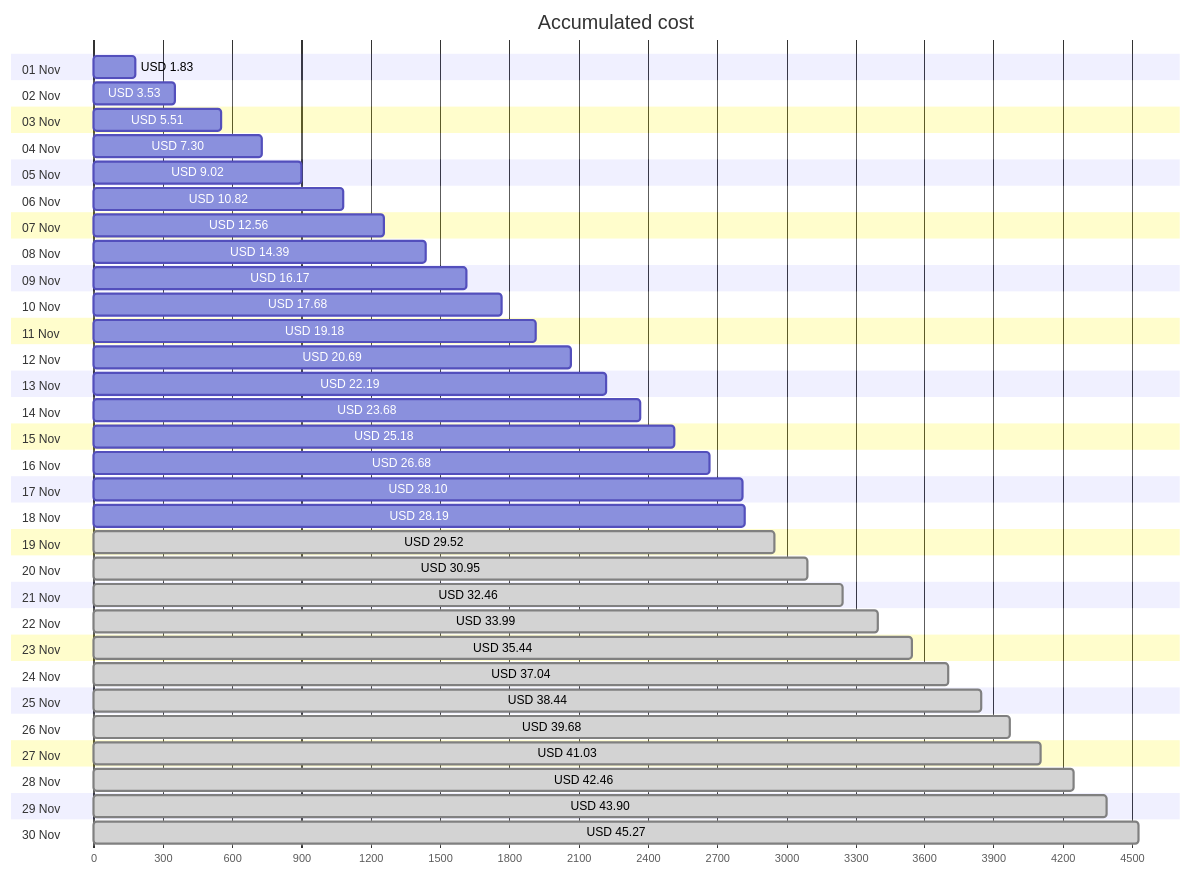
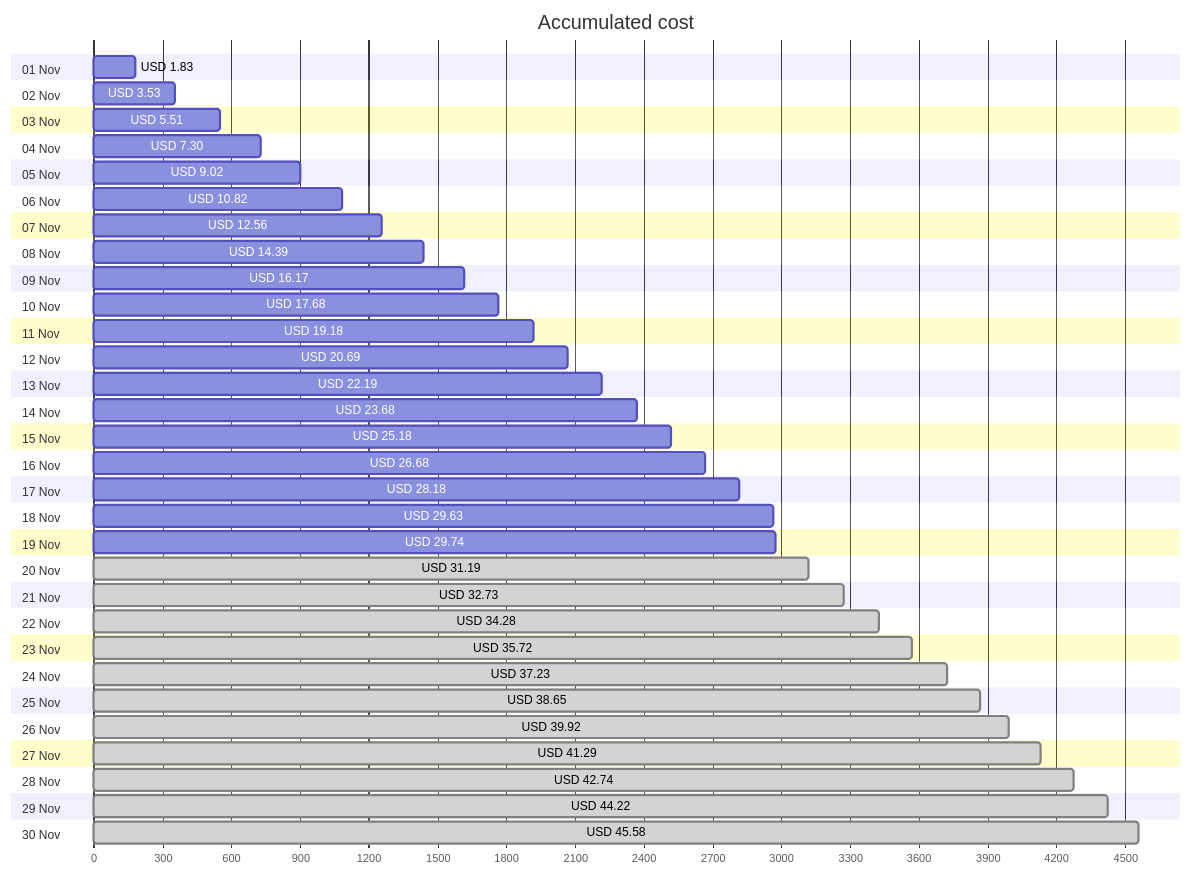
One commit to jpfulton/azure-personal-reports changed the first of 4 diagrams in cost-reports/personal-network/README.md. Above: the diagram before and after it, drawn with Mermaid. The commit also changed other lines of this file and 8 other files, not shown here.

````diff
--- a/cost-reports/personal-network/README.md
+++ b/cost-reports/personal-network/README.md
@@ -20,66 +20,66 @@
 ```mermaid
 gantt
    title Accumulated cost
    dateFormat  X
    axisFormat %s
    section 01 Nov
    USD 1.83 :0, 183
    section 02 Nov
    USD 3.53 :0, 353
    section 03 Nov
    USD 5.51 :0, 551
    section 04 Nov
    USD 7.30 :0, 730
    section 05 Nov
    USD 9.02 :0, 902
    section 06 Nov
    USD 10.82 :0, 1082
    section 07 Nov
    USD 12.56 :0, 1256
    section 08 Nov
    USD 14.39 :0, 1439
    section 09 Nov
    USD 16.17 :0, 1617
    section 10 Nov
    USD 17.68 :0, 1768
    section 11 Nov
    USD 19.18 :0, 1918
    section 12 Nov
    USD 20.69 :0, 2069
    section 13 Nov
    USD 22.19 :0, 2219
    section 14 Nov
    USD 23.68 :0, 2368
    section 15 Nov
    USD 25.18 :0, 2518
    section 16 Nov
    USD 26.68 :0, 2668
    section 17 Nov
-   USD 28.10 :0, 2810
+   USD 28.18 :0, 2818
    section 18 Nov
-   USD 28.19 :0, 2819
+   USD 29.63 :0, 2963
    section 19 Nov
-   USD 29.52 : done, 0, 2952
+   USD 29.74 :0, 2974
    section 20 Nov
-   USD 30.95 : done, 0, 3095
+   USD 31.19 : done, 0, 3119
    section 21 Nov
-   USD 32.46 : done, 0, 3246
+   USD 32.73 : done, 0, 3273
    section 22 Nov
-   USD 33.99 : done, 0, 3399
+   USD 34.28 : done, 0, 3428
    section 23 Nov
-   USD 35.44 : done, 0, 3544
+   USD 35.72 : done, 0, 3572
    section 24 Nov
-   USD 37.04 : done, 0, 3704
+   USD 37.23 : done, 0, 3723
    section 25 Nov
-   USD 38.44 : done, 0, 3844
+   USD 38.65 : done, 0, 3865
    section 26 Nov
-   USD 39.68 : done, 0, 3968
+   USD 39.92 : done, 0, 3992
    section 27 Nov
-   USD 41.03 : done, 0, 4103
+   USD 41.29 : done, 0, 4129
    section 28 Nov
-   USD 42.46 : done, 0, 4246
+   USD 42.74 : done, 0, 4274
    section 29 Nov
-   USD 43.90 : done, 0, 4390
+   USD 44.22 : done, 0, 4422
    section 30 Nov
-   USD 45.27 : done, 0, 4527
+   USD 45.58 : done, 0, 4558
 ```
````
